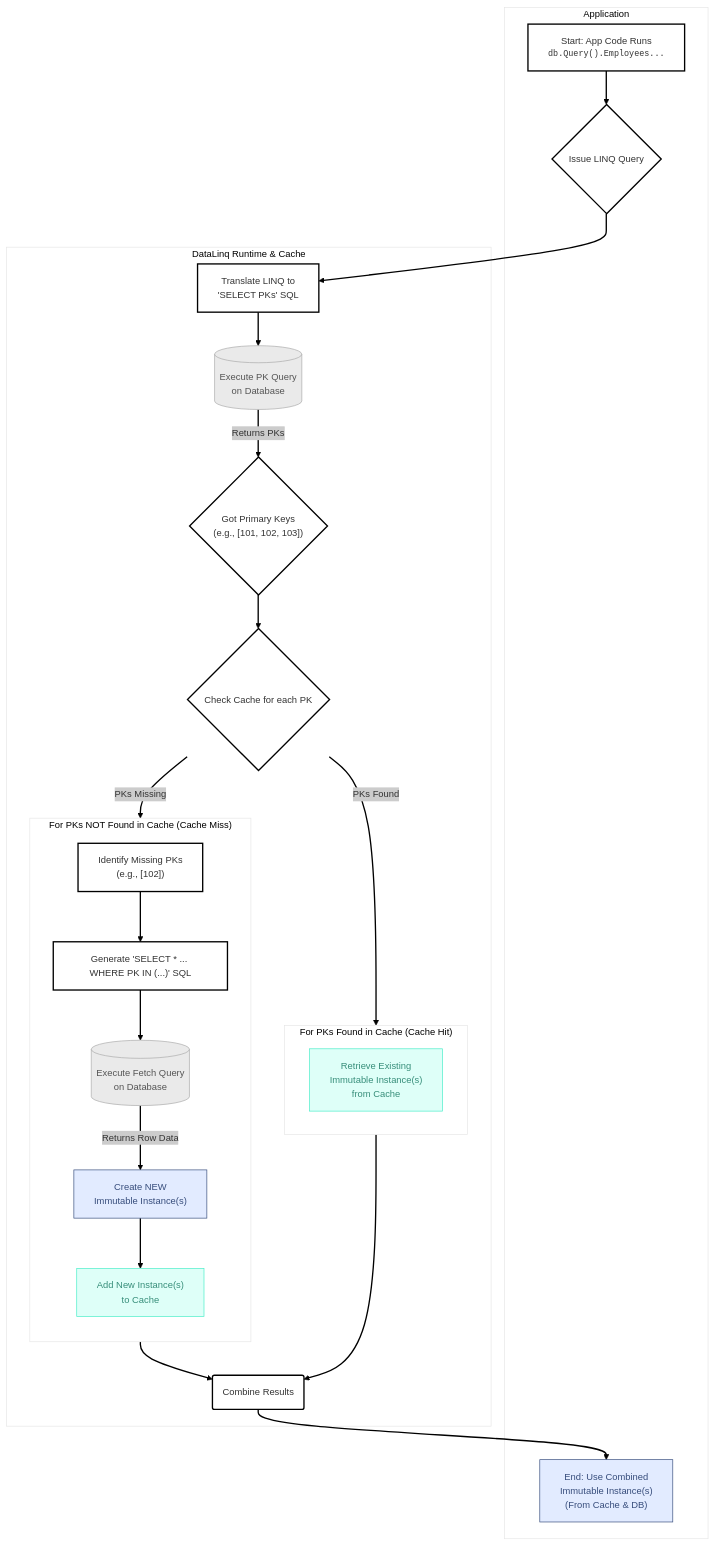
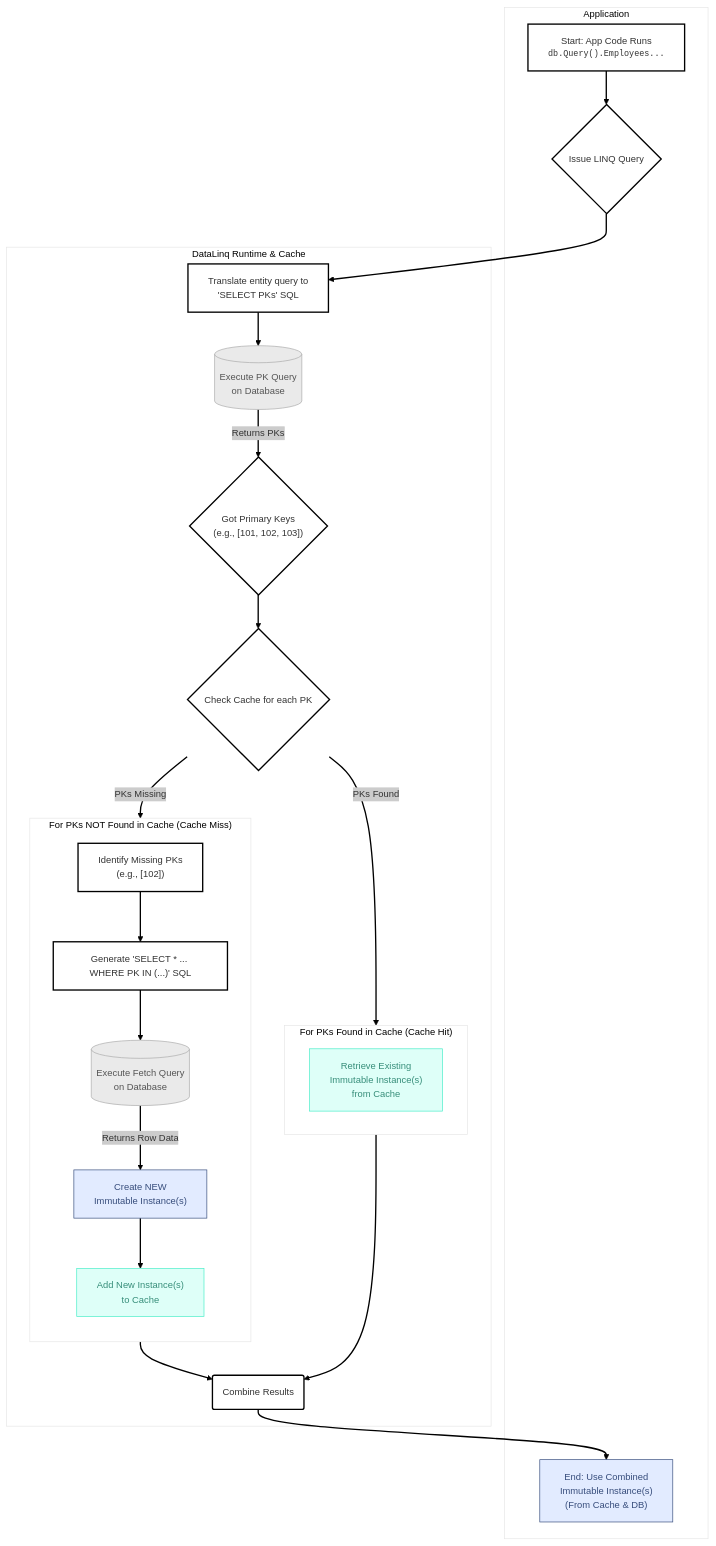
The first of 2 diagrams in docs/Querying.md (bazer/DataLinq), drawn with Mermaid before and after one commit. The commit also changed other lines of this file and 4 other files, not shown here.

````diff
--- a/docs/Querying.md
+++ b/docs/Querying.md
@@ -46,46 +89,46 @@
 ```mermaid
 ---
 config:
   theme: neo
   look: classic
 ---
 flowchart TD
     subgraph Application
         A["Start: App Code Runs<br/><div style='font-family:monospace; font-size:0.9em;'>db.Query().Employees...</div>"] --> B{"Issue LINQ Query"}
         K["End: Use Combined<br/>Immutable Instance(s)<br/>(From Cache & DB)"]:::AppStyle
     end
 
     subgraph "DataLinq Runtime & Cache"
-        C["Translate LINQ to<br/>'SELECT PKs' SQL"] --> D[("Execute PK Query<br/>on Database")]:::DatabaseStyle
+        C["Translate entity query to<br/>'SELECT PKs' SQL"] --> D[("Execute PK Query<br/>on Database")]:::DatabaseStyle
         D -- Returns PKs --> E{"Got Primary Keys<br/>(e.g., [101, 102, 103])"}
         E --> F{"Check Cache for each PK"}
 
         subgraph "For PKs Found in Cache (Cache Hit)"
           direction LR
           G["Retrieve Existing<br/>Immutable Instance(s)<br/>from Cache"]:::Aqua
         end
 
         subgraph "For PKs NOT Found in Cache (Cache Miss)"
           direction TB
           H["Identify Missing PKs<br/>(e.g., [102])"] --> I["Generate 'SELECT * ... WHERE PK IN (...)' SQL"]
           I --> J[("Execute Fetch Query<br/>on Database")]:::DatabaseStyle
           J -- Returns Row Data --> L["Create NEW<br/>Immutable Instance(s)"]:::Sky
           L --> M["Add New Instance(s)<br/>to Cache"]:::Aqua
         end
 
         F -- PKs Found --> G
         F -- PKs Missing --> H
 
         G --> CombineEnd("Combine Results")
         M --> CombineEnd
     end
 
     CombineEnd --> K
     B --> C
 
     classDef Aqua stroke-width:1px, stroke:#46EDC8, fill:#DEFFF8, color:#378E7A
     classDef Sky stroke-width:1px, stroke:#374D7C, fill:#E2EBFF, color:#374D7C
     classDef AppStyle stroke-width:1px, stroke:#374D7C, fill:#E2EBFF, color:#374D7C
     classDef DatabaseStyle stroke-width:1px, stroke:#AAAAAA, fill:#EAEAEA, color:#555555
     linkStyle default stroke:#000000
 ```
````
